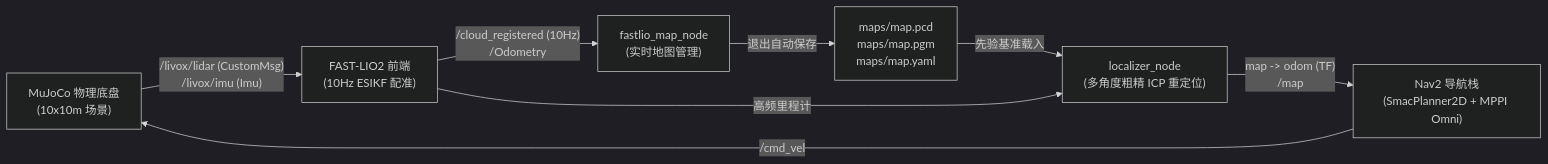
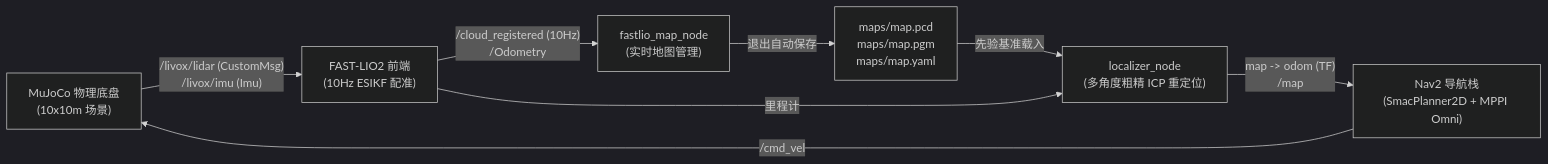
One commit to WrenInk/slam_simulation changed the first of 2 diagrams in README.md. Above: the diagram before and after it, drawn with Mermaid (dark theme). The commit also changed other lines of this file and 19 other files, not shown here.

````diff
--- a/README.md
+++ b/README.md
@@ -41,10 +40,10 @@
 ```mermaid
 flowchart LR
     A["MuJoCo 物理底盘<br>(10x10m 场景)"] -->|"/livox/lidar (CustomMsg)<br>/livox/imu (Imu)"| B["FAST-LIO2 前端<br>(10Hz ESIKF 配准)"]
     B -->|"/cloud_registered (10Hz)<br>/Odometry"| C["fastlio_map_node<br>(实时地图管理)"]
     C -->|"退出自动保存"| D["maps/map.pcd<br>maps/map.pgm<br>maps/map.yaml"]
     D -->|先验基准载入| E["localizer_node<br>(多角度粗精 ICP 重定位)"]
-    B -->|高频里程计| E
+    B -->|里程计| E
     E -->|"map -> odom (TF)<br>/map"| F["Nav2 导航栈<br>(SmacPlanner2D + MPPI Omni)"]
     F -->|"/cmd_vel"| A
 ```
````
